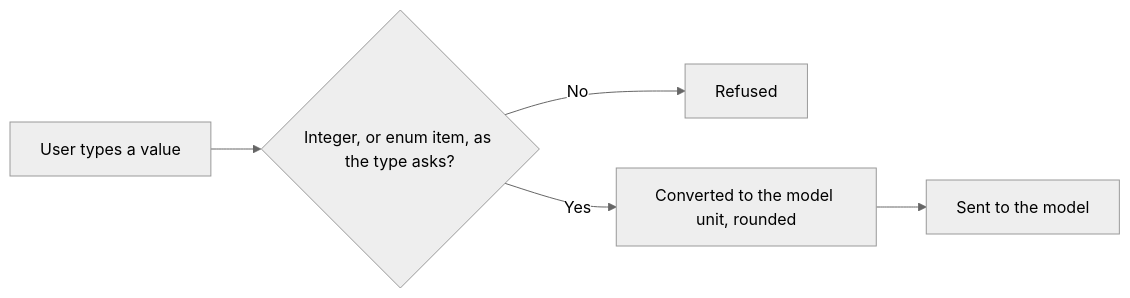
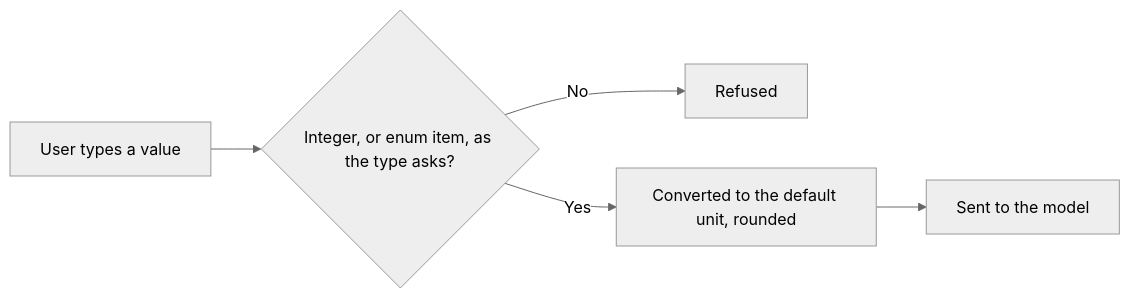
Before and after one commit to AlexandreGallais/synoptic-studio-spec: diagram 40 of 50 in metadata/draft.md, drawn with Mermaid (neutral theme). The commit also changed other lines of this file and 65 other files, not shown here.

````diff
--- a/metadata/draft.md
+++ b/metadata/draft.md
@@ -1332,6 +1264,6 @@
 ```mermaid
 flowchart LR
     T["User types a value"] --> C{"Integer, or enum item, as the type asks?"}
     C -- "No" --> R["Refused"]
-    C -- "Yes" --> B["Converted to the model unit, rounded"] --> M["Sent to the model"]
+    C -- "Yes" --> B["Converted to the default unit, rounded"] --> M["Sent to the model"]
 ```
````
